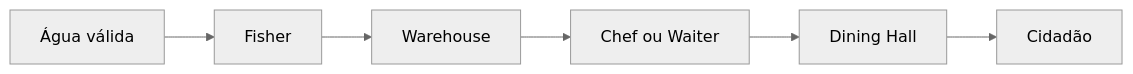
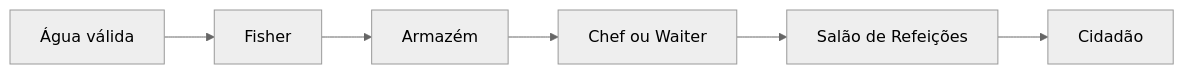
One commit to addandias/minecolonies-vault changed the second of 3 diagrams in content/05 - Alimentação/Cadeias alimentares.md. Above: the diagram before and after it, drawn with Mermaid (neutral theme). The commit also changed other lines of this file and 127 other files, not shown here.

````diff
--- a/content/05 - Alimentação/Cadeias alimentares.md
+++ b/content/05 - Alimentação/Cadeias alimentares.md
@@ -31,8 +31,8 @@
 ```mermaid
 flowchart LR
     A["Água válida"] --> B["Fisher"]
-    B --> C["Warehouse"]
+    B --> C["Armazém"]
     C --> D["Chef ou Waiter"]
-    D --> E["Dining Hall"]
+    D --> E["Salão de Refeições"]
     E --> F["Cidadão"]
 ```
````
